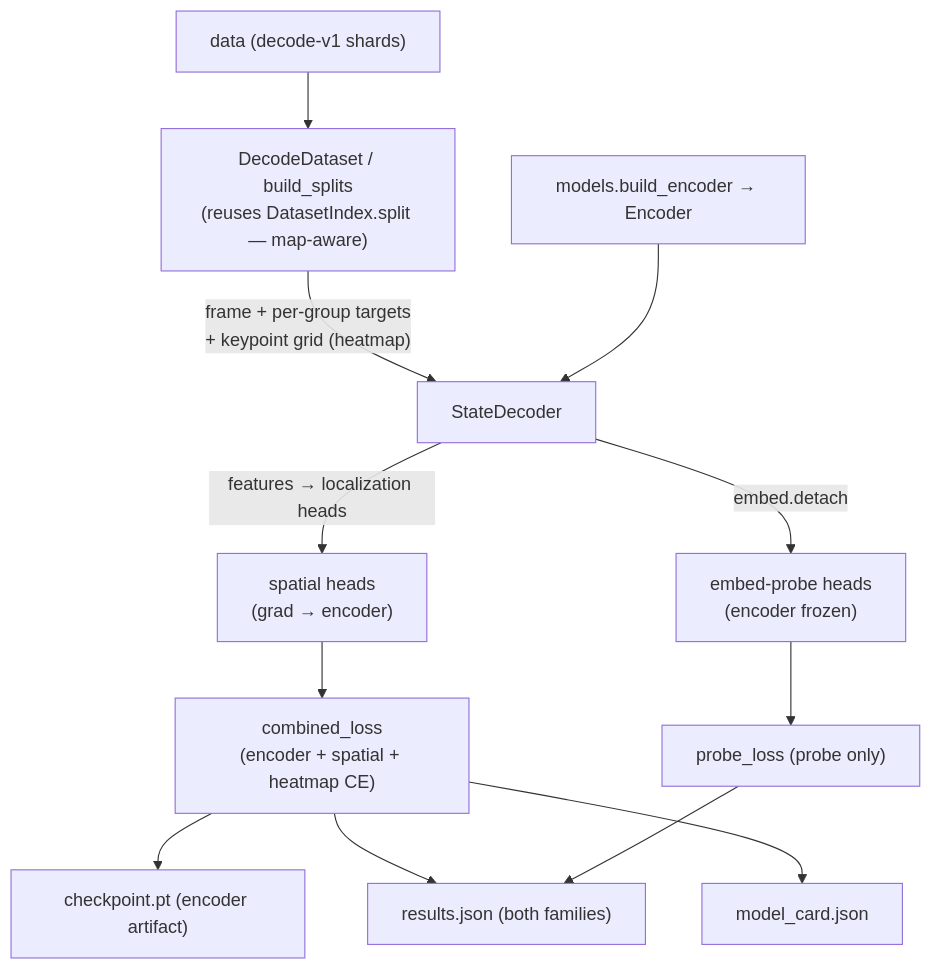
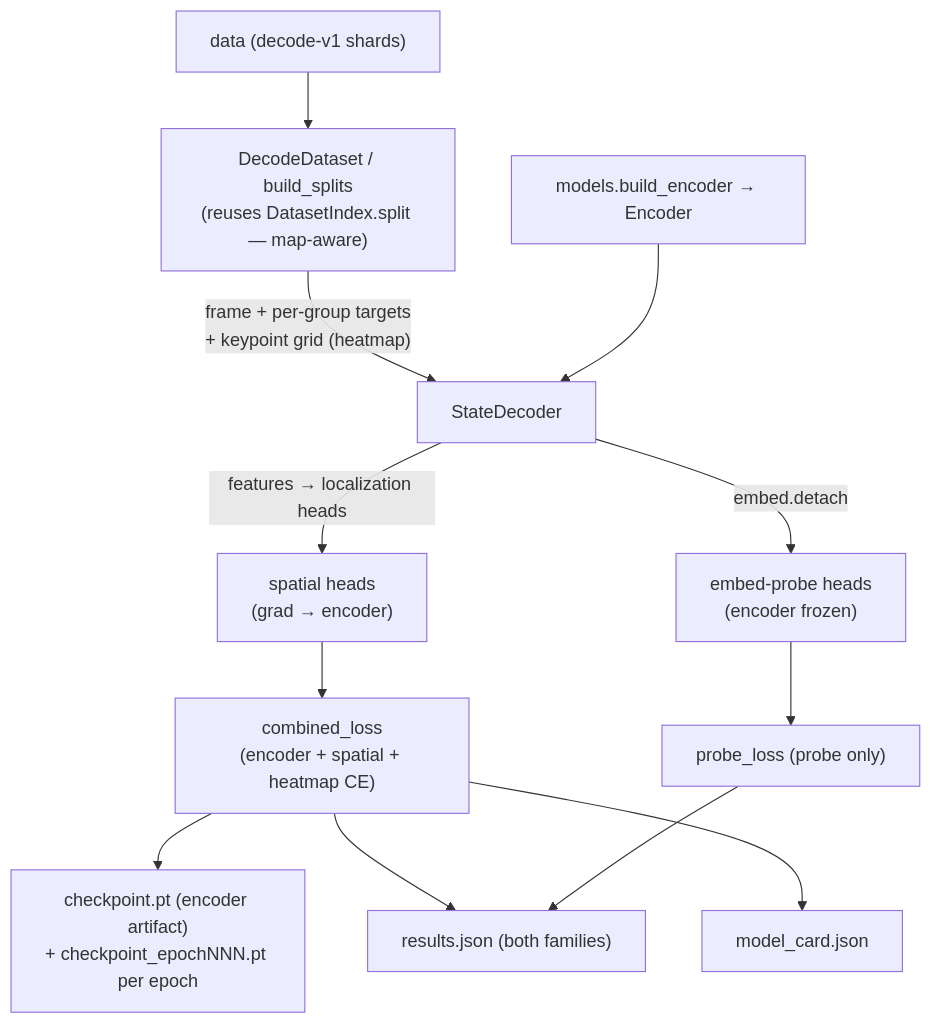
Before and after one commit to urciuolim/TankTwinStickShooter: the diagram in docs/components/pretraining.md, drawn with Mermaid. The commit also changed other lines of this file and 1 other file, not shown here.

First line of the commit message:
feat(pretraining): per-epoch encoder checkpoints (checkpoint_epochNNN.pt)

````diff
--- a/docs/components/pretraining.md
+++ b/docs/components/pretraining.md
@@ -371,14 +383,14 @@
 ```mermaid
 graph TD
     data["data (decode-v1 shards)"] --> ds["DecodeDataset / build_splits<br/>(reuses DatasetIndex.split — map-aware)"]
     ds -->|"frame + per-group targets<br/>+ keypoint grid (heatmap)"| dec["StateDecoder"]
     enc["models.build_encoder → Encoder"] --> dec
     dec -->|features → localization heads| sp["spatial heads<br/>(grad → encoder)"]
     dec -->|embed.detach| pr["embed-probe heads<br/>(encoder frozen)"]
     sp --> cl["combined_loss<br/>(encoder + spatial + heatmap CE)"]
     pr --> pl["probe_loss (probe only)"]
-    cl --> ckpt["checkpoint.pt (encoder artifact)"]
+    cl --> ckpt["checkpoint.pt (encoder artifact)<br/>+ checkpoint_epochNNN.pt per epoch"]
     cl --> res["results.json (both families)"]
     pl --> res
     cl --> card["model_card.json"]
 ```
````
